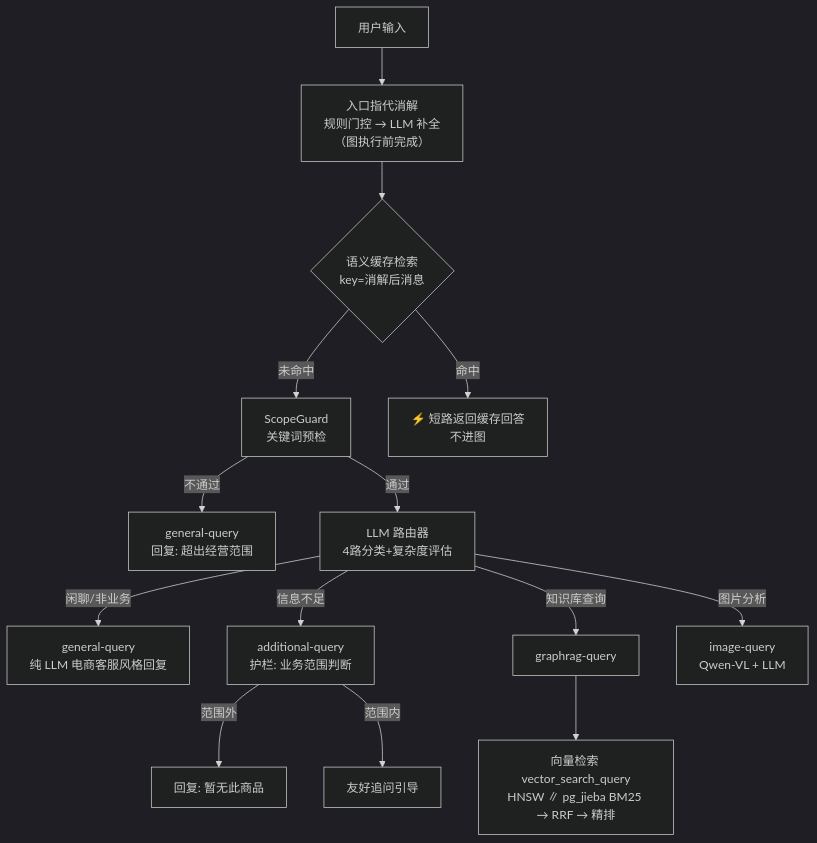
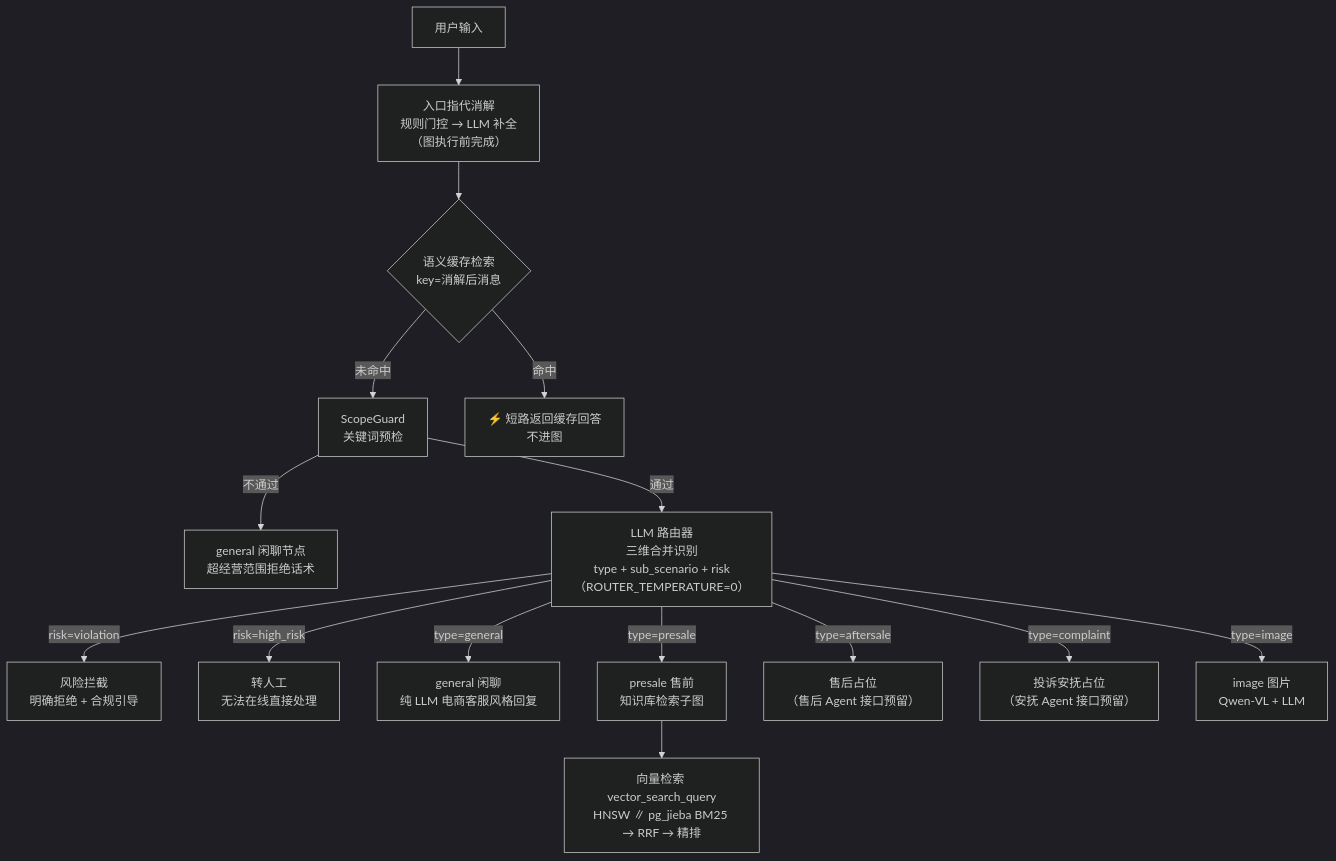
One commit to blowt16/SmartCS-Agent changed the eighth of 15 diagrams in docs/PROJECT_ANALYSIS.md. Above: the diagram before and after it, drawn with Mermaid (dark theme). The commit also changed other lines of this file, not shown here.

First line of the commit message:
docs: PROJECT_ANALYSIS 更新意图识别现状——三维合并路由、7 分支流程、占位节点与评测

````diff
--- a/docs/PROJECT_ANALYSIS.md
+++ b/docs/PROJECT_ANALYSIS.md
@@ -466,22 +493,23 @@
 ```mermaid
 flowchart TD
     Q["用户输入"]
     RESOLVE["入口指代消解<br/>规则门控 → LLM 补全<br/>（图执行前完成）"]
     CACHE{"语义缓存检索<br/>key=消解后消息"}
     SG["ScopeGuard<br/>关键词预检"]
     Q --> RESOLVE
     RESOLVE --> CACHE
     CACHE -->|"命中"| SHORT["⚡ 短路返回缓存回答<br/>不进图"]
     CACHE -->|"未命中"| SG
-    SG -->|不通过| GEN["general-query<br/>回复: 超出经营范围"]
-    SG -->|通过| ROUTER["LLM 路由器<br/>4路分类+复杂度评估"]
+    SG -->|"不通过"| GEN["general 闲聊节点<br/>超经营范围拒绝话术"]
+    SG -->|"通过"| ROUTER["LLM 路由器<br/>三维合并识别<br/>type + sub_scenario + risk<br/>（ROUTER_TEMPERATURE=0）"]
 
-    ROUTER -->|"闲聊/非业务"| GEN2["general-query<br/>纯 LLM 电商客服风格回复"]
-    ROUTER -->|"信息不足"| ADD["additional-query<br/>护栏: 业务范围判断"]
-    ADD -->|"范围外"| REJECT["回复: 暂无此商品"]
-    ADD -->|"范围内"| ASK["友好追问引导"]
-    ROUTER -->|"知识库查询"| KG["graphrag-query"]
-    ROUTER -->|"图片分析"| IMG["image-query<br/>Qwen-VL + LLM"]
+    ROUTER -->|"risk=violation"| RISK["风险拦截<br/>明确拒绝 + 合规引导"]
+    ROUTER -->|"risk=high_risk"| TRANS["转人工<br/>无法在线直接处理"]
+    ROUTER -->|"type=general"| GEN2["general 闲聊<br/>纯 LLM 电商客服风格回复"]
+    ROUTER -->|"type=presale"| KG["presale 售前<br/>知识库检索子图"]
+    ROUTER -->|"type=aftersale"| PLACE["售后占位<br/>（售后 Agent 接口预留）"]
+    ROUTER -->|"type=complaint"| PLACE2["投诉安抚占位<br/>（安抚 Agent 接口预留）"]
+    ROUTER -->|"type=image"| IMG["image 图片<br/>Qwen-VL + LLM"]
 
     KG --> GRAG["向量检索 vector_search_query<br/>HNSW ∥ pg_jieba BM25 → RRF → 精排"]
 ```
````
